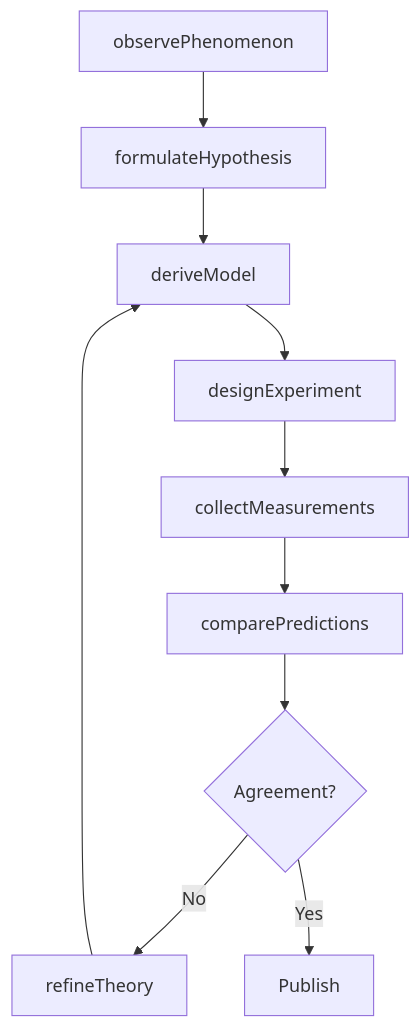
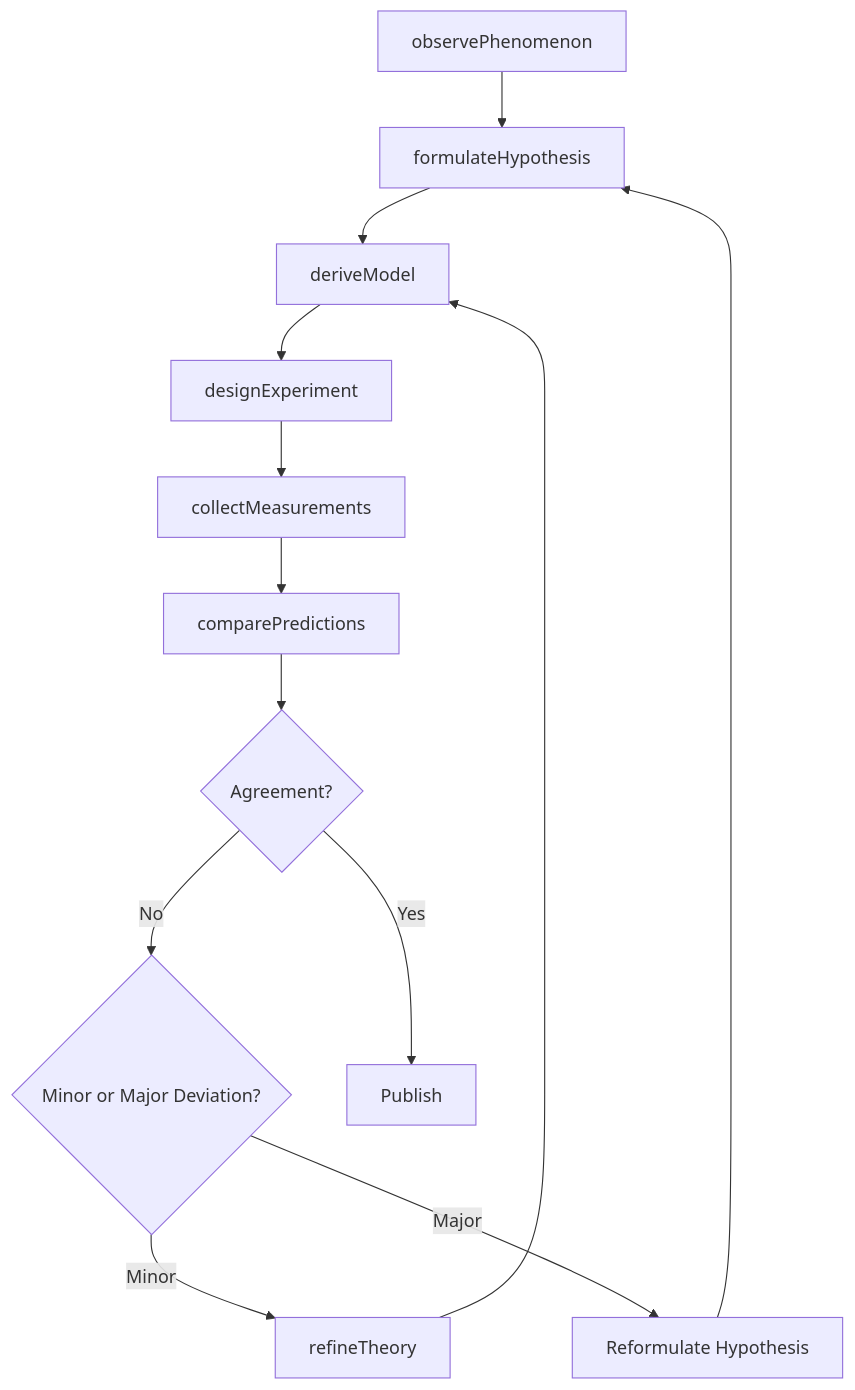
Before and after one commit to dot-org-ai/tasks.org.ai: the third of 4 diagrams in ThinkingCreatively/DevelopScientificOrMathematicalTheoriesOrModels/DevelopTheoriesModelsPhysicalPhenomena.mdx, drawn with Mermaid. The commit also changed other lines of this file and 266 other files, not shown here.

First line of the commit message:
feat: Add ER diagrams, state diagrams to wave 2 batch (251 DWA files)

````diff
--- a/ThinkingCreatively/DevelopScientificOrMathematicalTheoriesOrModels/DevelopTheoriesModelsPhysicalPhenomena.mdx
+++ b/ThinkingCreatively/DevelopScientificOrMathematicalTheoriesOrModels/DevelopTheoriesModelsPhysicalPhenomena.mdx
@@ -86,12 +115,15 @@
 ```mermaid
 graph TD
     A[observePhenomenon] --> B[formulateHypothesis]
     B --> C[deriveModel]
     C --> D[designExperiment]
     D --> E[collectMeasurements]
     E --> F[comparePredictions]
     F --> G{Agreement?}
-    G -->|No| H[refineTheory]
-    H --> C
-    G -->|Yes| I[Publish]
+    G -->|No| H{Minor or Major Deviation?}
+    H -->|Minor| I[refineTheory]
+    I --> C
+    H -->|Major| J[Reformulate Hypothesis]
+    J --> B
+    G -->|Yes| K[Publish]
 ```
````
